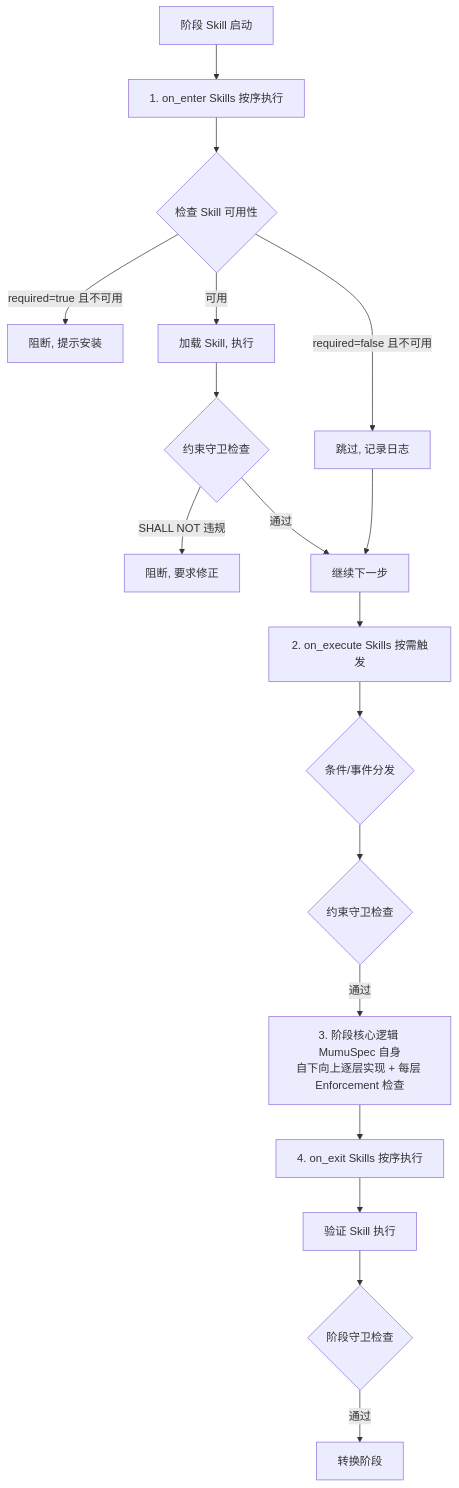
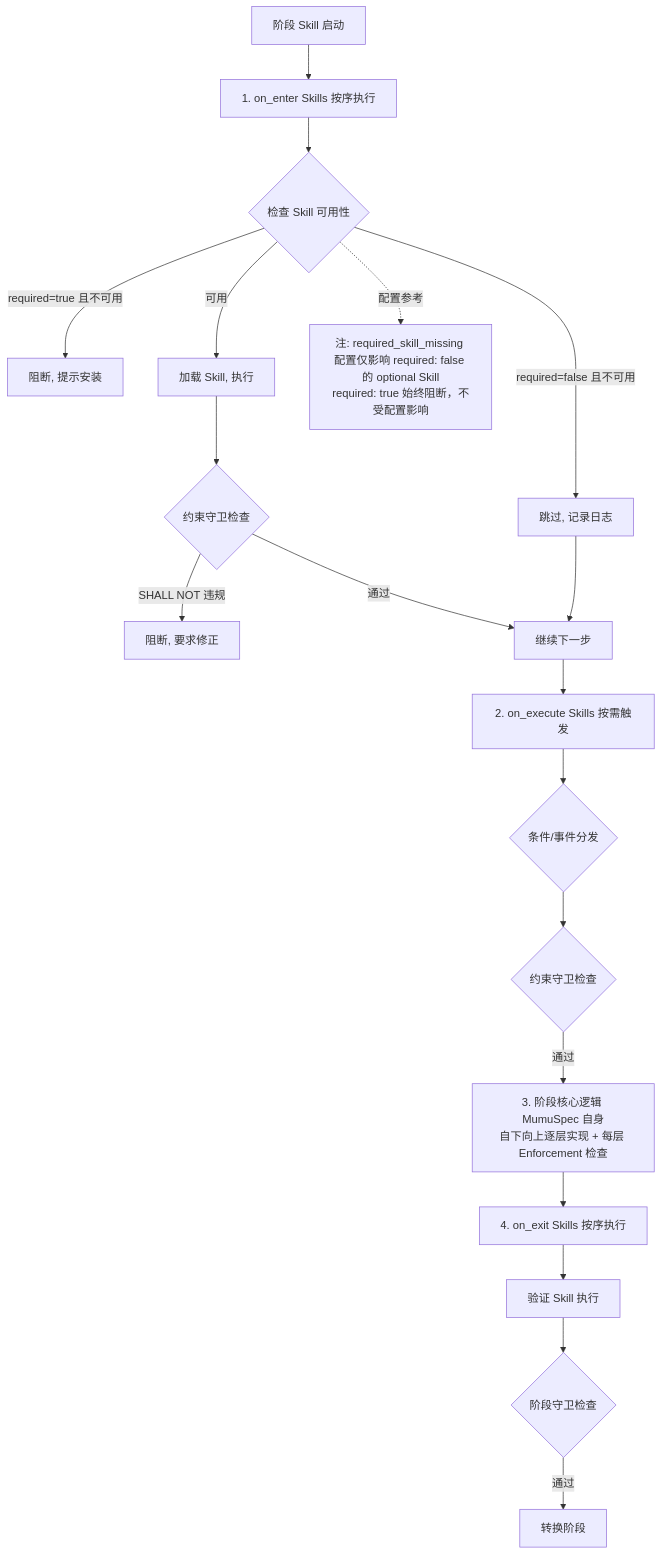
Diagram 14 of 15 in docs/design.md (luckyMUMU/mumuspec), drawn with Mermaid before and after one commit. The commit also changed other lines of this file, not shown here.

````diff
--- a/docs/design.md
+++ b/docs/design.md
@@ -1529,38 +2264,40 @@
 ```mermaid
 graph TD
     Start["阶段 Skill 启动"]
     Enter["1. on_enter Skills 按序执行"]
     CheckAvail{"检查 Skill 可用性"}
     Block["阻断, 提示安装"]
     Skip["跳过, 记录日志"]
     Load["加载 Skill, 执行"]
     Guard1{"约束守卫检查"}
     BlockFix["阻断, 要求修正"]
     Continue["继续下一步"]
     Execute["2. on_execute Skills 按需触发"]
     CondDispatch{"条件/事件分发"}
     Guard2{"约束守卫检查"}
     Core["3. 阶段核心逻辑 MumuSpec 自身<br/>自下向上逐层实现 + 每层 Enforcement 检查"]
     Exit["4. on_exit Skills 按序执行"]
     Verify["验证 Skill 执行"]
     PhaseGuard{"阶段守卫检查"}
     Transition["转换阶段"]
+    NoteAvail["注: required_skill_missing 配置仅影响 required: false 的 optional Skill<br/>required: true 始终阻断，不受配置影响"]
 
     Start --> Enter
     Enter --> CheckAvail
     CheckAvail -->|required=true 且不可用| Block
     CheckAvail -->|required=false 且不可用| Skip
     CheckAvail -->|可用| Load
+    CheckAvail -.->|配置参考| NoteAvail
     Load --> Guard1
     Guard1 -->|SHALL NOT 违规| BlockFix
     Guard1 -->|通过| Continue
     Skip --> Continue
     Continue --> Execute
     Execute --> CondDispatch
     CondDispatch --> Guard2
     Guard2 -->|通过| Core
     Core --> Exit
     Exit --> Verify
     Verify --> PhaseGuard
     PhaseGuard -->|通过| Transition
 ```
````
